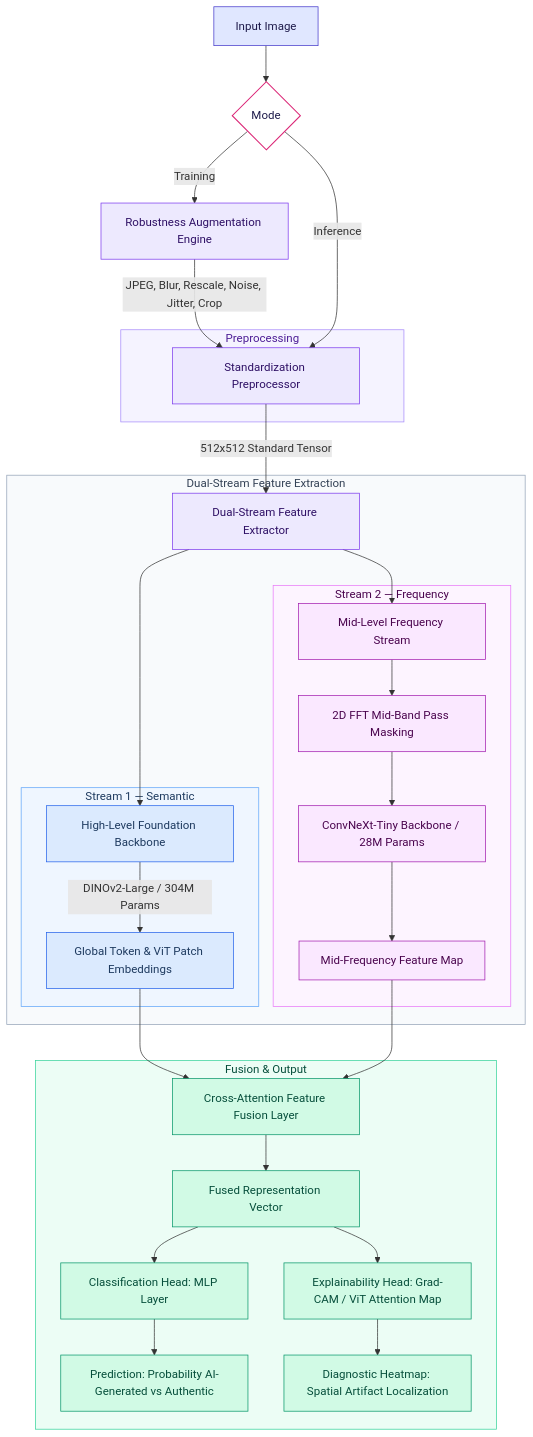
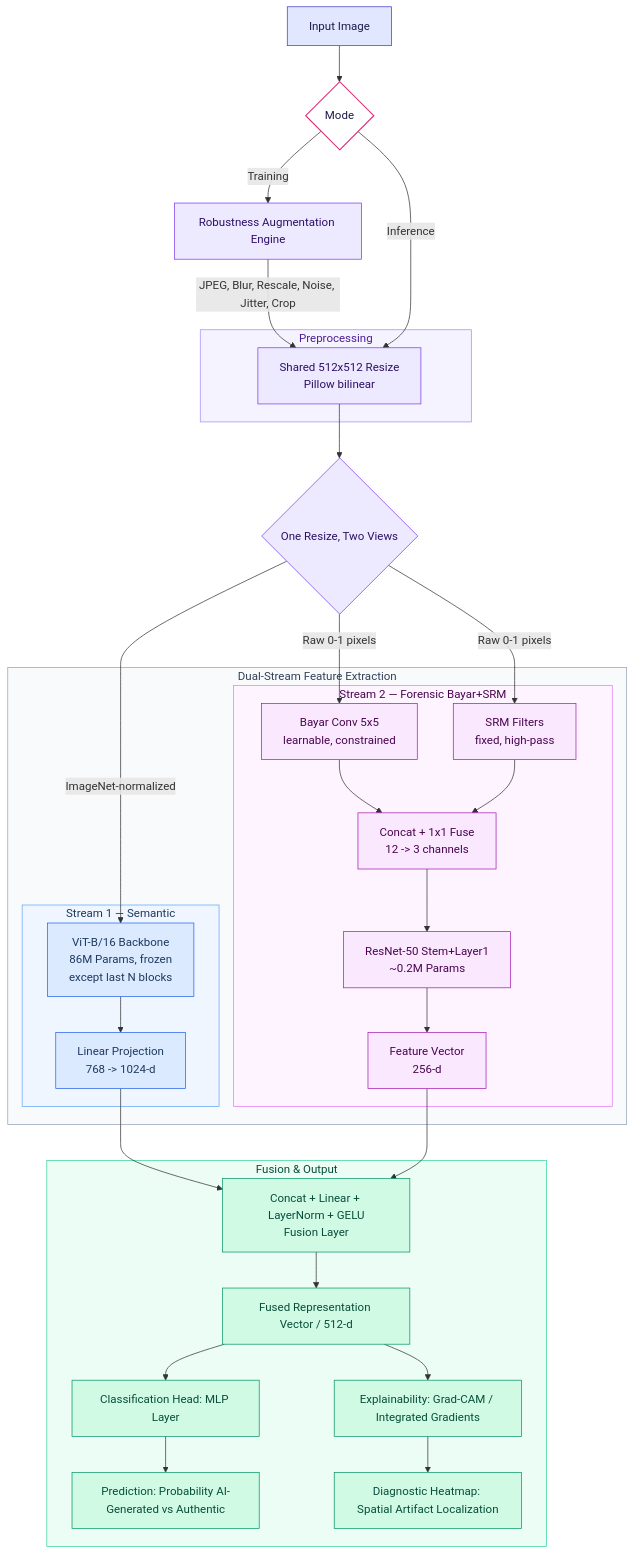
One commit to Beastarz/RAID changed the diagram in README.md. Above: the diagram before and after it, drawn with Mermaid. The commit also changed other lines of this file, not shown here.

````diff
--- a/README.md
+++ b/README.md
@@ -45,57 +46,59 @@
 ```mermaid
 flowchart TD
     A[Input Image] --> B{Mode}
     B -->|Training| C[Robustness Augmentation Engine]
     C -->|"JPEG, Blur, Rescale, Noise, Jitter, Crop"| D
     B -->|Inference| D
 
     subgraph PRE[Preprocessing]
-        D[Standardization Preprocessor]
+        D[Shared 512x512 Resize<br/>Pillow bilinear]
     end
 
-    D -->|512x512 Standard Tensor| E[Dual-Stream Feature Extractor]
+    D --> E{One Resize, Two Views}
+    E -->|ImageNet-normalized| F
+    E -->|Raw 0-1 pixels| G1
+    E -->|Raw 0-1 pixels| G2
 
     subgraph EXTRACT[Dual-Stream Feature Extraction]
-        E --> F
-        E --> G
         subgraph S1[Stream 1 — Semantic]
-            F[High-Level Foundation Backbone] -->|DINOv2-Large / 304M Params| H[Global Token & ViT Patch Embeddings]
+            F[ViT-B/16 Backbone<br/>86M Params, frozen<br/>except last N blocks] --> H[Linear Projection<br/>768 -> 1024-d]
         end
-        subgraph S2[Stream 2 — Frequency]
-            G[Mid-Level Frequency Stream] --> I[2D FFT Mid-Band Pass Masking]
-            I --> J[ConvNeXt-Tiny Backbone / 28M Params]
-            J --> K[Mid-Frequency Feature Map]
+        subgraph S2[Stream 2 — Forensic Bayar+SRM]
+            G1[Bayar Conv 5x5<br/>learnable, constrained] --> G3
+            G2[SRM Filters<br/>fixed, high-pass] --> G3
+            G3[Concat + 1x1 Fuse<br/>12 -> 3 channels] --> G4
+            G4[ResNet-50 Stem+Layer1<br/>~0.2M Params] --> K[Feature Vector<br/>256-d]
         end
     end
 
     subgraph FUSE[Fusion & Output]
-        H --> L[Cross-Attention Feature Fusion Layer]
+        H --> L[Concat + Linear + LayerNorm + GELU<br/>Fusion Layer]
         K --> L
-        L --> M[Fused Representation Vector]
+        L --> M[Fused Representation Vector / 512-d]
         M --> N[Classification Head: MLP Layer]
-        M --> O[Explainability Head: Grad-CAM / ViT Attention Map]
+        M --> O[Explainability: Grad-CAM / Integrated Gradients]
         N --> P[Prediction: Probability AI-Generated vs Authentic]
         O --> Q[Diagnostic Heatmap: Spatial Artifact Localization]
     end
 
     classDef input fill:#e0e7ff,stroke:#4338ca,stroke-width:1px,color:#1e1b4b;
     classDef mode fill:#ffffff,stroke:#db2777,stroke-width:1.5px,color:#1e1b4b;
     classDef pre fill:#ede9fe,stroke:#7c3aed,stroke-width:1px,color:#2e1065;
     classDef stream1 fill:#dbeafe,stroke:#2563eb,stroke-width:1px,color:#1e3a5f;
     classDef stream2 fill:#fae8ff,stroke:#a21caf,stroke-width:1px,color:#4a044e;
     classDef fuse fill:#d1fae5,stroke:#059669,stroke-width:1px,color:#064e3b;
 
     class A input;
     class B mode;
     class C,D pre;
     class E pre;
     class F,H stream1;
-    class G,I,J,K stream2;
+    class G1,G2,G3,G4,K stream2;
     class L,M,N,O,P,Q fuse;
 
     style PRE fill:#f5f3ff,stroke:#a78bfa,stroke-width:1px,color:#4c1d95
     style EXTRACT fill:#f8fafc,stroke:#94a3b8,stroke-width:1px,color:#334155
     style S1 fill:#eff6ff,stroke:#60a5fa,stroke-width:1px,color:#1e3a5f
     style S2 fill:#fdf4ff,stroke:#e879f9,stroke-width:1px,color:#4a044e
     style FUSE fill:#ecfdf5,stroke:#34d399,stroke-width:1px,color:#064e3b
 ```
````
